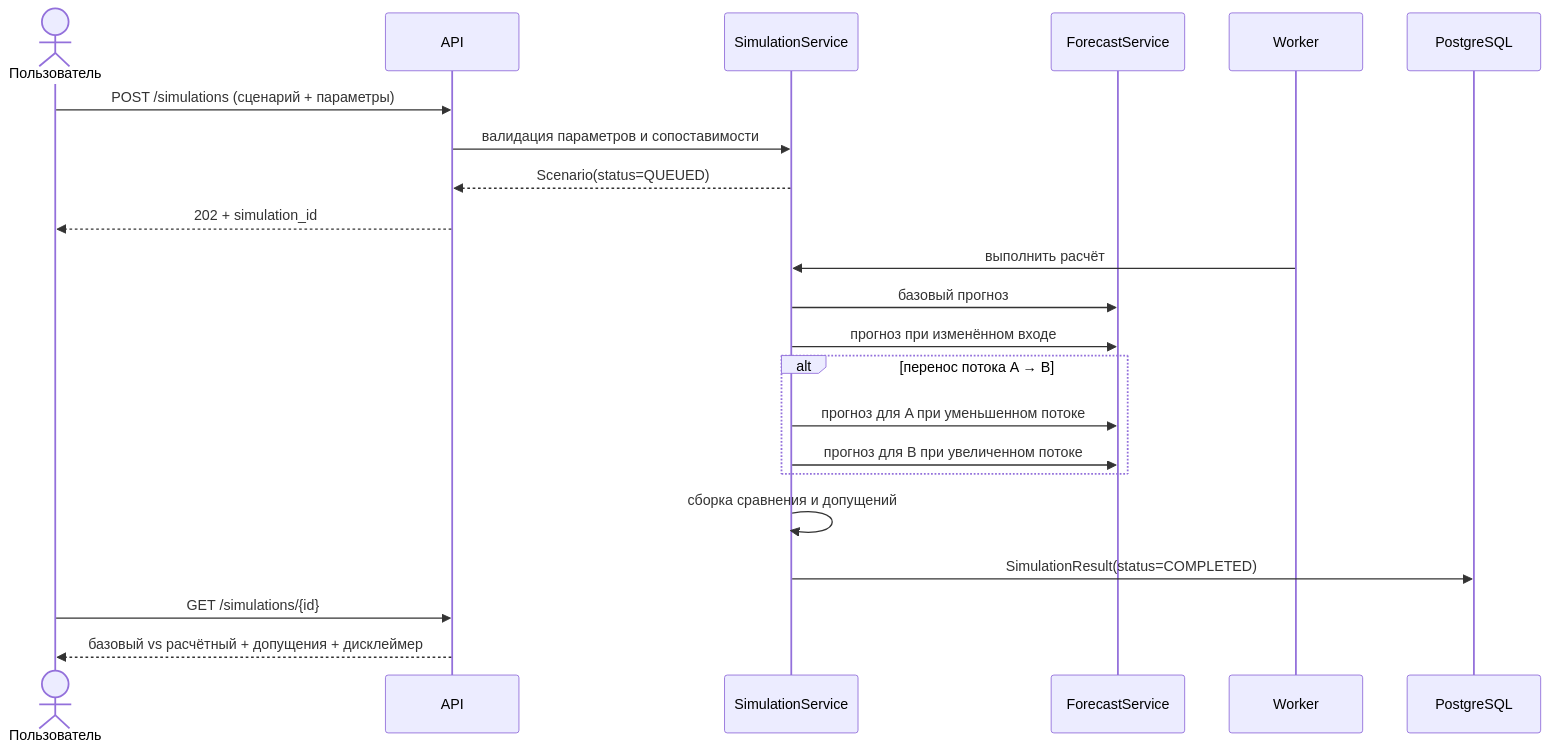
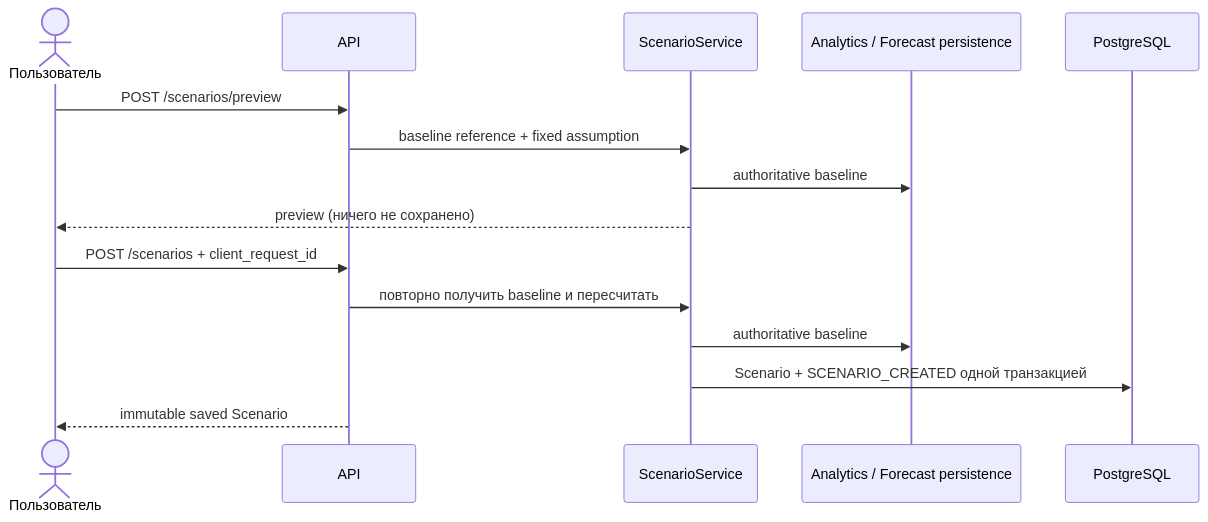
Before and after one commit to BAITC-Hacks/hack-54e4bd29-claudex: the fifth of 5 diagrams in docs/BUSINESS_LOGIC.md, drawn with Mermaid. The commit also changed other lines of this file and 97 other files, not shown here.

````diff
--- a/docs/BUSINESS_LOGIC.md
+++ b/docs/BUSINESS_LOGIC.md
@@ -288,25 +313,18 @@
 ```mermaid
 sequenceDiagram
     actor U as Пользователь
     participant API
-    participant SIM as SimulationService
-    participant FS as ForecastService
-    participant W as Worker
+    participant SIM as ScenarioService
+    participant A as Analytics / Forecast persistence
     participant PG as PostgreSQL
 
-    U->>API: POST /simulations (сценарий + параметры)
-    API->>SIM: валидация параметров и сопоставимости
-    SIM-->>API: Scenario(status=QUEUED)
-    API-->>U: 202 + simulation_id
-    W->>SIM: выполнить расчёт
-    SIM->>FS: базовый прогноз
-    SIM->>FS: прогноз при изменённом входе
-    alt перенос потока A → B
-        SIM->>FS: прогноз для A при уменьшенном потоке
-        SIM->>FS: прогноз для B при увеличенном потоке
-    end
-    SIM->>SIM: сборка сравнения и допущений
-    SIM->>PG: SimulationResult(status=COMPLETED)
-    U->>API: GET /simulations/{id}
-    API-->>U: базовый vs расчётный + допущения + дисклеймер
+    U->>API: POST /scenarios/preview
+    API->>SIM: baseline reference + fixed assumption
+    SIM->>A: authoritative baseline
+    SIM-->>U: preview (ничего не сохранено)
+    U->>API: POST /scenarios + client_request_id
+    API->>SIM: повторно получить baseline и пересчитать
+    SIM->>A: authoritative baseline
+    SIM->>PG: Scenario + SCENARIO_CREATED одной транзакцией
+    API-->>U: immutable saved Scenario
 ```
````
